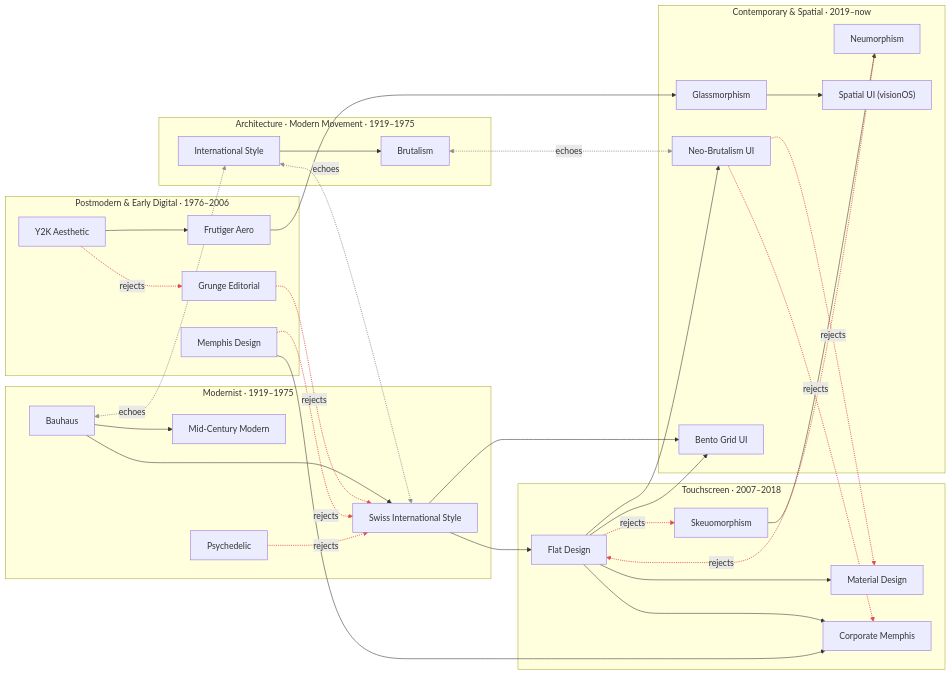
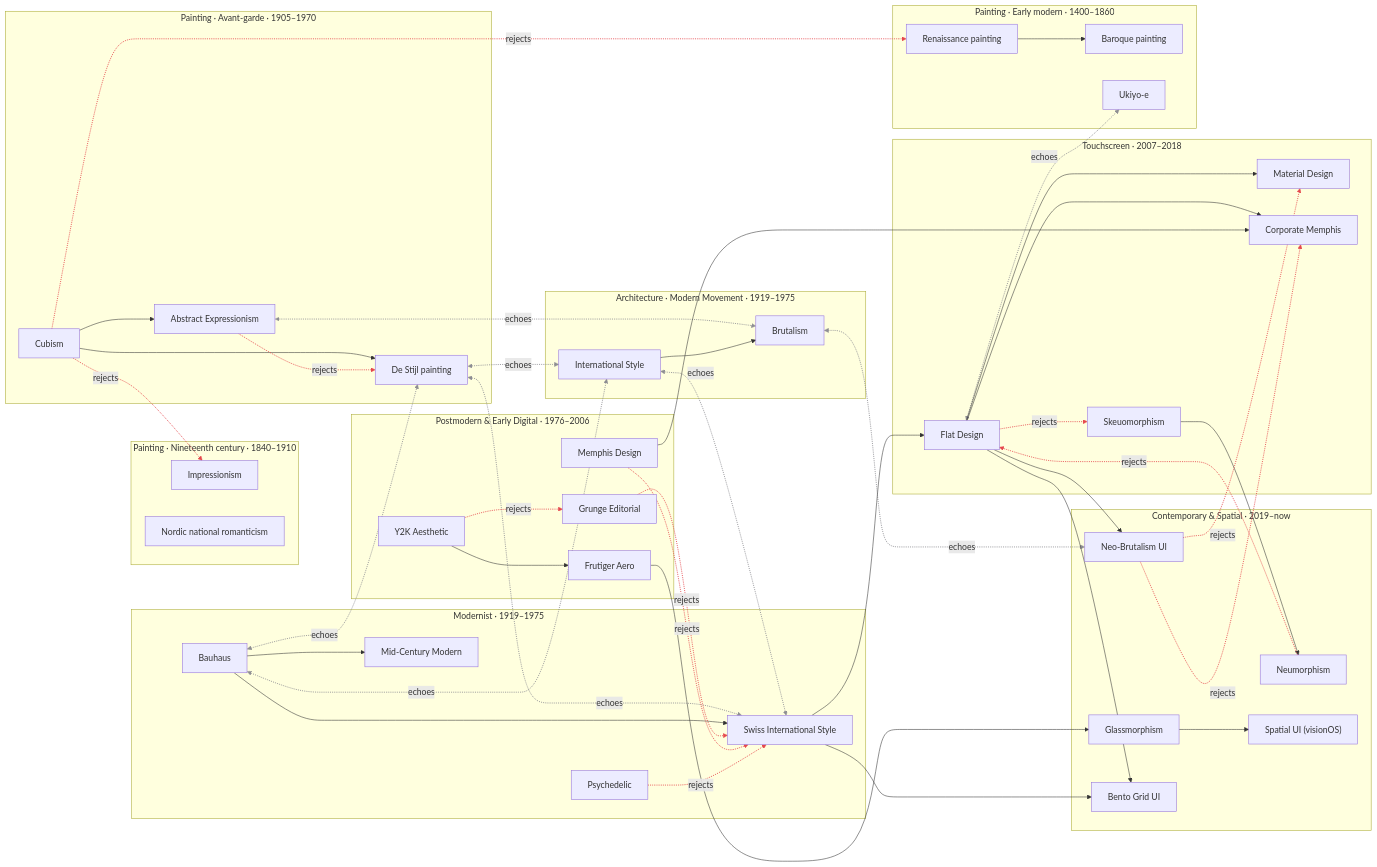
The diagram in graph/lineage.mmd (musicalbee/design-ontology), drawn with Mermaid before and after one commit. The commit also changed 32 other files, not shown here.

First line of the commit message:
Painting domain: manifest, schema, 3 eras and 8 styles (wave 1)

```diff
--- a/graph/lineage.mmd
+++ b/graph/lineage.mmd
@@ -1,66 +1,99 @@
 flowchart LR
   subgraph design_modernist["Modernist · 1919–1975"]
     bauhaus["Bauhaus"]
     mid_century_modern["Mid-Century Modern"]
     swiss_international["Swiss International Style"]
     psychedelic["Psychedelic"]
   end
   subgraph design_postmodern_early_digital["Postmodern & Early Digital · 1976–2006"]
     memphis_design["Memphis Design"]
     grunge_editorial["Grunge Editorial"]
     y2k_aesthetic["Y2K Aesthetic"]
     frutiger_aero["Frutiger Aero"]
   end
   subgraph design_touchscreen["Touchscreen · 2007–2018"]
     skeuomorphism["Skeuomorphism"]
     flat_design["Flat Design"]
     material_design["Material Design"]
     corporate_memphis["Corporate Memphis"]
   end
   subgraph design_contemporary_spatial["Contemporary & Spatial · 2019–now"]
     neumorphism["Neumorphism"]
     glassmorphism["Glassmorphism"]
     neo_brutalism_ui["Neo-Brutalism UI"]
     bento_grid_ui["Bento Grid UI"]
     spatial_visionos["Spatial UI (visionOS)"]
   end
   subgraph architecture_modern_movement["Architecture · Modern Movement · 1919–1975"]
     international_style_architecture["International Style"]
     brutalist_architecture["Brutalism"]
   end
+  subgraph painting_early_modern["Painting · Early modern · 1400–1860"]
+    renaissance_painting["Renaissance painting"]
+    baroque_painting["Baroque painting"]
+    ukiyo_e["Ukiyo-e"]
+  end
+  subgraph painting_nineteenth_century["Painting · Nineteenth century · 1840–1910"]
+    impressionism["Impressionism"]
+    nordic_national_romanticism_painting["Nordic national romanticism"]
+  end
+  subgraph painting_avant_garde["Painting · Avant-garde · 1905–1970"]
+    cubism_painting["Cubism"]
+    de_stijl_painting["De Stijl painting"]
+    abstract_expressionism["Abstract Expressionism"]
+  end
+  abstract_expressionism <-. echoes .-> brutalist_architecture
+  bauhaus <-. echoes .-> de_stijl_painting
   bauhaus <-. echoes .-> international_style_architecture
   brutalist_architecture <-. echoes .-> neo_brutalism_ui
+  de_stijl_painting <-. echoes .-> international_style_architecture
+  de_stijl_painting <-. echoes .-> swiss_international
+  flat_design <-. echoes .-> ukiyo_e
   international_style_architecture <-. echoes .-> swiss_international
+  cubism_painting --> abstract_expressionism
+  renaissance_painting --> baroque_painting
   flat_design --> bento_grid_ui
   swiss_international --> bento_grid_ui
   international_style_architecture --> brutalist_architecture
   flat_design --> corporate_memphis
   memphis_design --> corporate_memphis
+  cubism_painting --> de_stijl_painting
   swiss_international --> flat_design
   y2k_aesthetic --> frutiger_aero
   frutiger_aero --> glassmorphism
   flat_design --> material_design
   bauhaus --> mid_century_modern
   flat_design --> neo_brutalism_ui
   skeuomorphism --> neumorphism
   glassmorphism --> spatial_visionos
   bauhaus --> swiss_international
+  abstract_expressionism -. rejects .-> de_stijl_painting
+  cubism_painting -. rejects .-> impressionism
+  cubism_painting -. rejects .-> renaissance_painting
   flat_design -. rejects .-> skeuomorphism
   grunge_editorial -. rejects .-> swiss_international
   memphis_design -. rejects .-> swiss_international
   neo_brutalism_ui -. rejects .-> corporate_memphis
   neo_brutalism_ui -. rejects .-> material_design
   neumorphism -. rejects .-> flat_design
   psychedelic -. rejects .-> swiss_international
   y2k_aesthetic -. rejects .-> grunge_editorial
   linkStyle 0 stroke:#8E8E93,stroke-width:1.5px
   linkStyle 1 stroke:#8E8E93,stroke-width:1.5px
   linkStyle 2 stroke:#8E8E93,stroke-width:1.5px
-  linkStyle 17 stroke:#E5484D,stroke-width:1.5px
-  linkStyle 18 stroke:#E5484D,stroke-width:1.5px
-  linkStyle 19 stroke:#E5484D,stroke-width:1.5px
-  linkStyle 20 stroke:#E5484D,stroke-width:1.5px
-  linkStyle 21 stroke:#E5484D,stroke-width:1.5px
-  linkStyle 22 stroke:#E5484D,stroke-width:1.5px
-  linkStyle 23 stroke:#E5484D,stroke-width:1.5px
-  linkStyle 24 stroke:#E5484D,stroke-width:1.5px
+  linkStyle 3 stroke:#8E8E93,stroke-width:1.5px
+  linkStyle 4 stroke:#8E8E93,stroke-width:1.5px
+  linkStyle 5 stroke:#8E8E93,stroke-width:1.5px
+  linkStyle 6 stroke:#8E8E93,stroke-width:1.5px
+  linkStyle 7 stroke:#8E8E93,stroke-width:1.5px
+  linkStyle 25 stroke:#E5484D,stroke-width:1.5px
+  linkStyle 26 stroke:#E5484D,stroke-width:1.5px
+  linkStyle 27 stroke:#E5484D,stroke-width:1.5px
+  linkStyle 28 stroke:#E5484D,stroke-width:1.5px
+  linkStyle 29 stroke:#E5484D,stroke-width:1.5px
+  linkStyle 30 stroke:#E5484D,stroke-width:1.5px
+  linkStyle 31 stroke:#E5484D,stroke-width:1.5px
+  linkStyle 32 stroke:#E5484D,stroke-width:1.5px
+  linkStyle 33 stroke:#E5484D,stroke-width:1.5px
+  linkStyle 34 stroke:#E5484D,stroke-width:1.5px
+  linkStyle 35 stroke:#E5484D,stroke-width:1.5px
```
